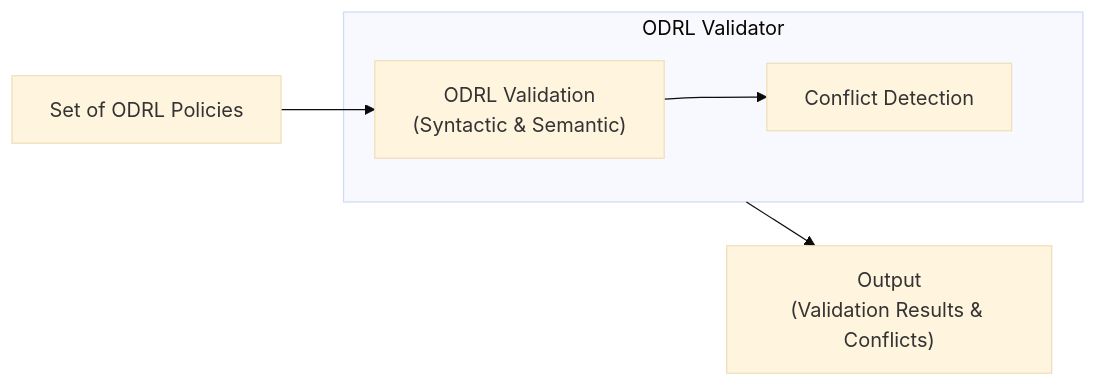
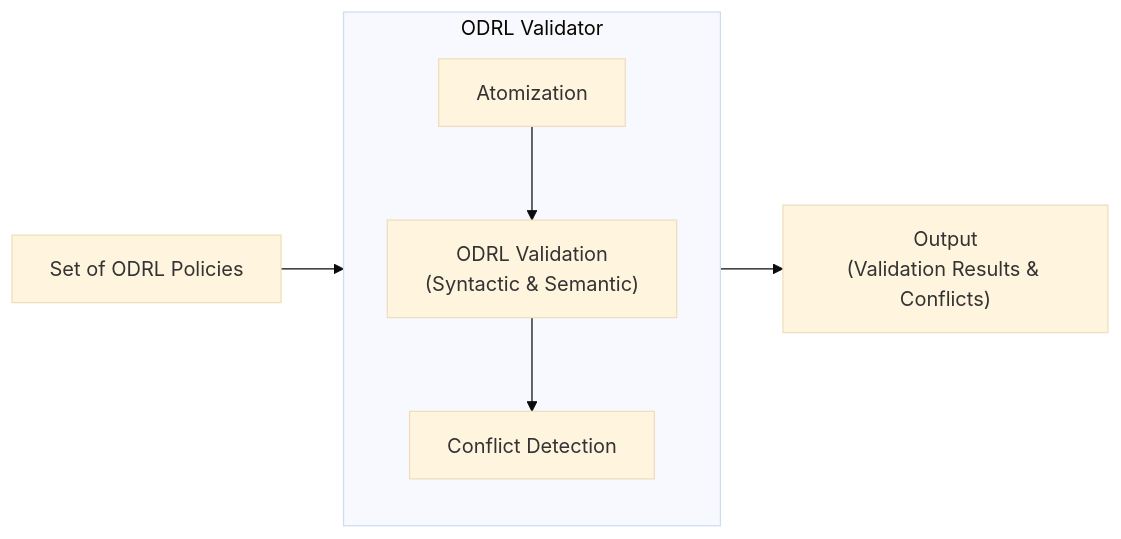
One commit to elenamolino/odrl-validator changed the first of 2 diagrams in README.md. Above: the diagram before and after it, drawn with Mermaid (base theme).

Commit message:
docs: add atomization to the high level architecture

````diff
--- a/README.md
+++ b/README.md
@@ -27,15 +27,16 @@
 ```mermaid
 flowchart LR
     Policies["Set of ODRL Policies"]
 
     subgraph ODRLValidator["ODRL Validator"]
+        Atomization --> Validation
         Validation["ODRL Validation\n(Syntactic & Semantic)"]
         ConflictDetection["Conflict Detection"]
         Validation --> ConflictDetection
     end
 
     Output["Output\n(Validation Results & Conflicts)"]
 
-    Policies --> Validation
+    Policies --> ODRLValidator
     ODRLValidator --> Output
 ```
````
